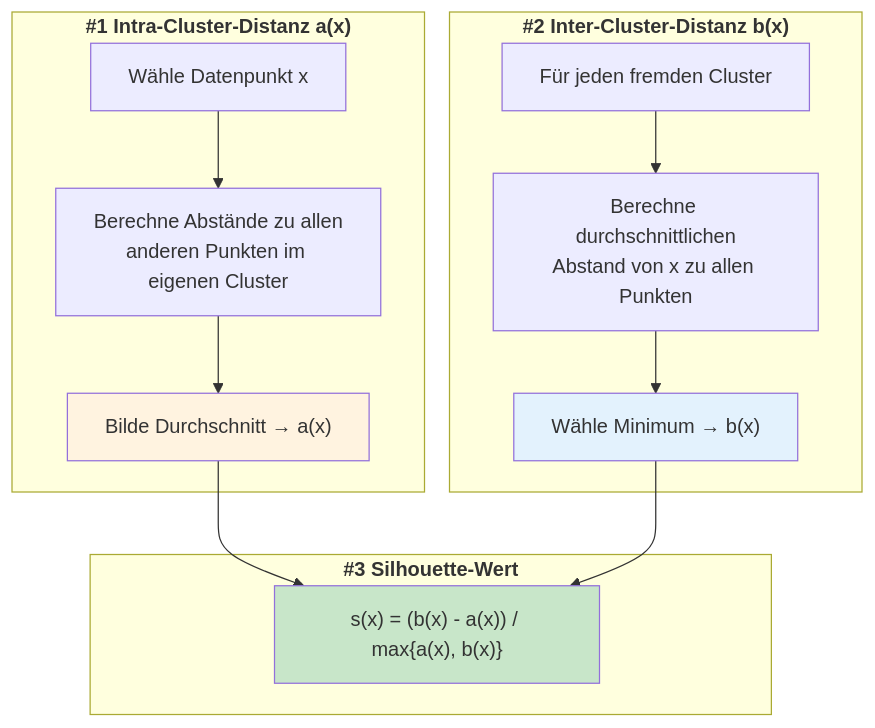
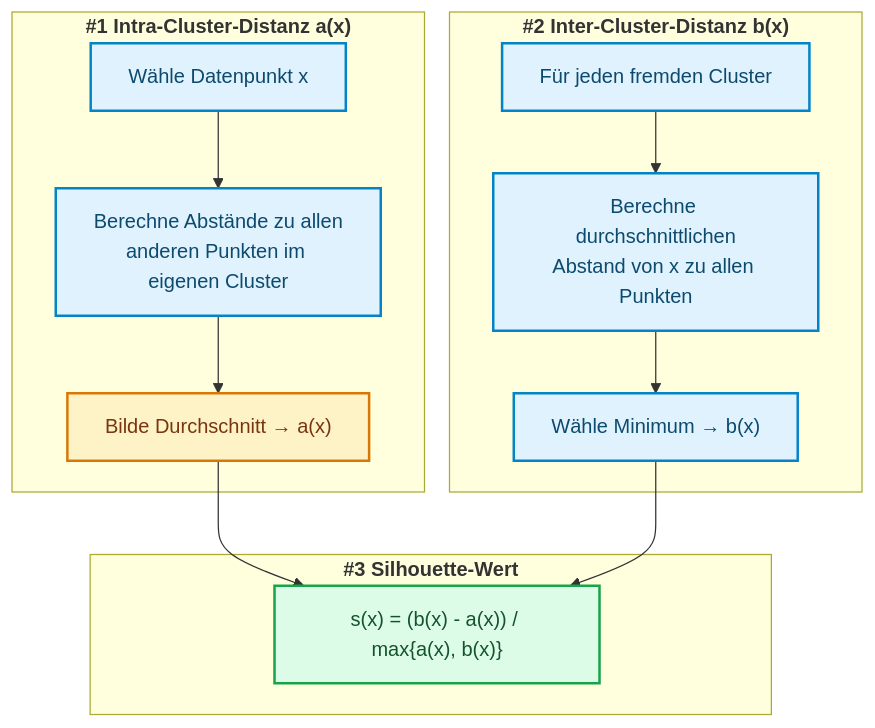
Before and after one commit to ralf-42/ML_Intro: the second of 4 diagrams in docs/concepts/evaluate/bewertung_clustering.md, drawn with Mermaid. The commit also changed other lines of this file and 67 other files, not shown here.

````diff
--- a/docs/concepts/evaluate/bewertung_clustering.md
+++ b/docs/concepts/evaluate/bewertung_clustering.md
@@ -74,23 +75,25 @@
 ```mermaid
 flowchart TD
     subgraph Schritt1["<b>#1 Intra-Cluster-Distanz a(x)"]
         A1[Wähle Datenpunkt x] --> A2[Berechne Abstände zu allen<br/>anderen Punkten im eigenen Cluster]
         A2 --> A3[Bilde Durchschnitt → a#40;x#41;]
     end
     
     subgraph Schritt2["<b>#2 Inter-Cluster-Distanz b(x)"]
         B1[Für jeden fremden Cluster] --> B2[Berechne durchschnittlichen<br/>Abstand von x zu allen Punkten]
         B2 --> B3[Wähle Minimum → b#40;x#41;]
     end
     
     subgraph Schritt3["<b>#3 Silhouette-Wert"]
         C1["s(x) = (b(x) - a(x)) / max{a(x), b(x)}"]
     end
     
     A3 --> C1
     B3 --> C1
-    
-    style A3 fill:#fff3e0
-    style B3 fill:#e3f2fd
-    style C1 fill:#c8e6c9
+
+    classDef default fill:#e0f2fe,stroke:#0284c7,stroke-width:2px,color:#0c4a6e;
+    classDef metric fill:#fef3c7,stroke:#d97706,stroke-width:2px,color:#78350f;
+    classDef output fill:#dcfce7,stroke:#16a34a,stroke-width:2px,color:#14532d;
+    class A3 metric;
+    class C1 output;
 ```
````
